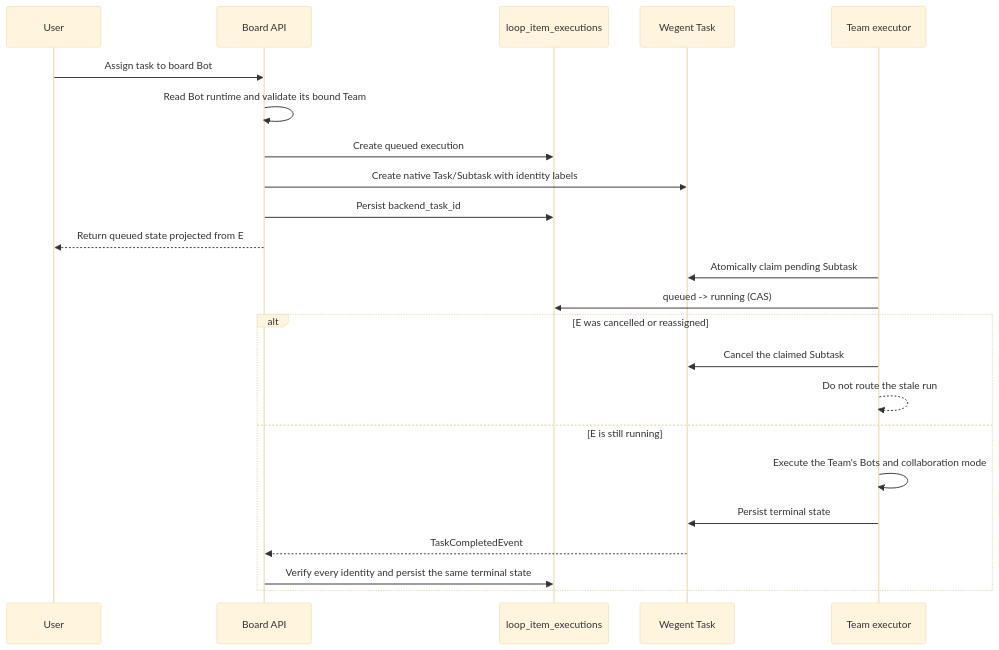
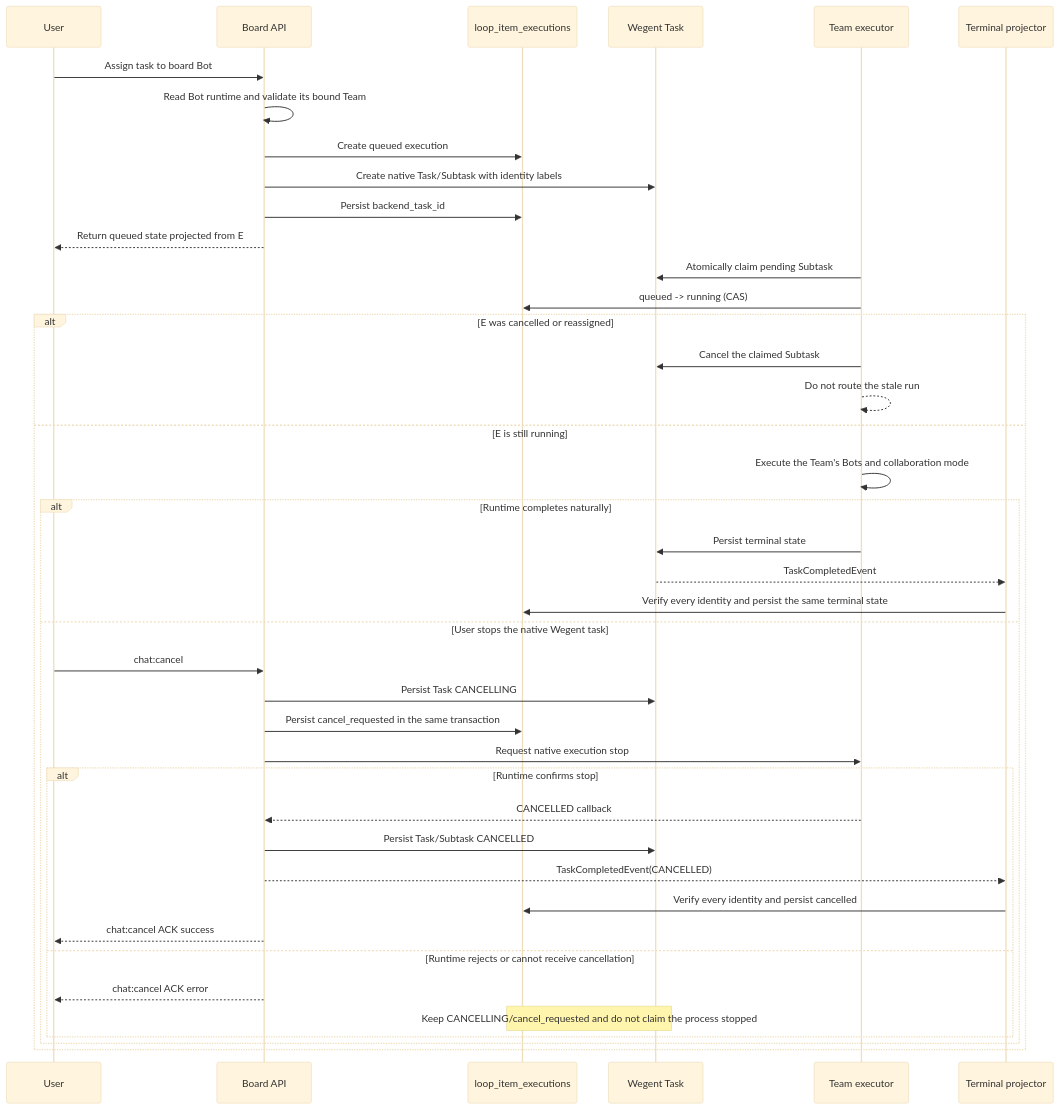
The fourth of 4 diagrams in docs/en/wegent/developer-guide/cloud-project-collaboration.md (wecode-ai/Wegent), drawn with Mermaid (base theme) before and after one commit. The commit also changed other lines of this file and 26 other files, not shown here.

Commit message:
fix(automation): synchronize Wegent runtime truth

````diff
--- a/docs/en/wegent/developer-guide/cloud-project-collaboration.md
+++ b/docs/en/wegent/developer-guide/cloud-project-collaboration.md
@@ -206,26 +243,44 @@
 ```mermaid
 sequenceDiagram
     participant U as User
     participant B as Board API
     participant E as loop_item_executions
     participant T as Wegent Task
     participant R as Team executor
+    participant C as Terminal projector
 
     U->>B: Assign task to board Bot
     B->>B: Read Bot runtime and validate its bound Team
     B->>E: Create queued execution
     B->>T: Create native Task/Subtask with identity labels
     B->>E: Persist backend_task_id
     B-->>U: Return queued state projected from E
     R->>T: Atomically claim pending Subtask
     R->>E: queued -> running (CAS)
     alt E was cancelled or reassigned
         R->>T: Cancel the claimed Subtask
         R-->>R: Do not route the stale run
     else E is still running
         R->>R: Execute the Team's Bots and collaboration mode
-        R->>T: Persist terminal state
-        T-->>B: TaskCompletedEvent
-        B->>E: Verify every identity and persist the same terminal state
+        alt Runtime completes naturally
+            R->>T: Persist terminal state
+            T-->>C: TaskCompletedEvent
+            C->>E: Verify every identity and persist the same terminal state
+        else User stops the native Wegent task
+            U->>B: chat:cancel
+            B->>T: Persist Task CANCELLING
+            B->>E: Persist cancel_requested in the same transaction
+            B->>R: Request native execution stop
+            alt Runtime confirms stop
+                R-->>B: CANCELLED callback
+                B->>T: Persist Task/Subtask CANCELLED
+                B-->>C: TaskCompletedEvent(CANCELLED)
+                C->>E: Verify every identity and persist cancelled
+                B-->>U: chat:cancel ACK success
+            else Runtime rejects or cannot receive cancellation
+                B-->>U: chat:cancel ACK error
+                Note over T,E: Keep CANCELLING/cancel_requested and do not claim the process stopped
+            end
+        end
     end
 ```
````
